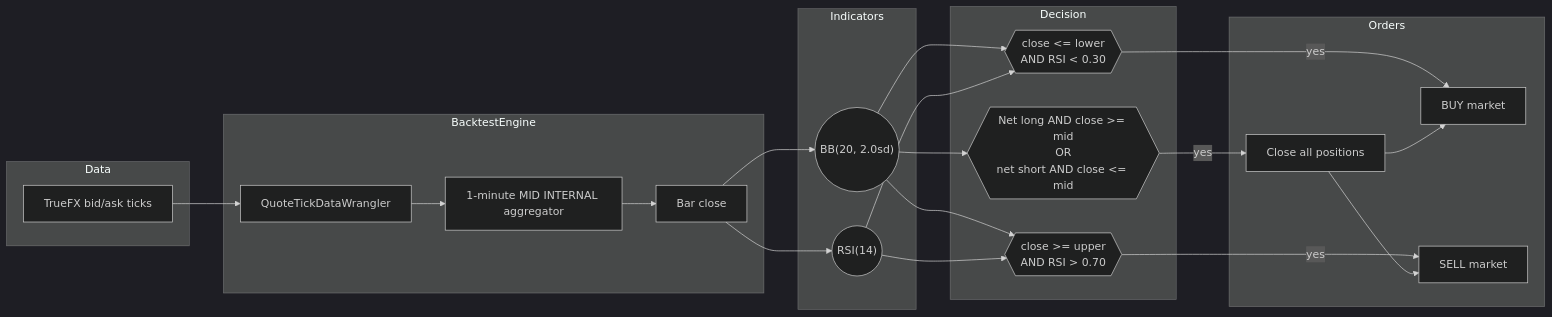
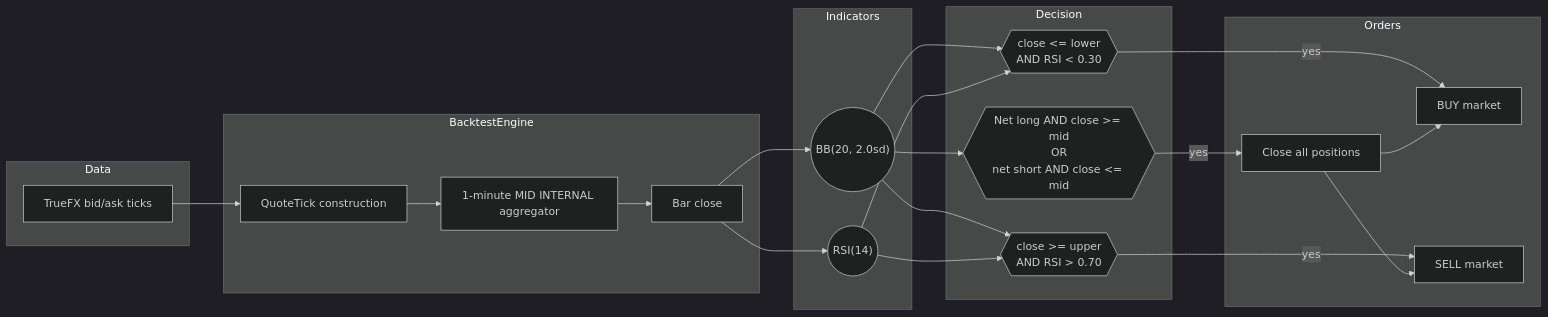
The diagram in docs/tutorials/fx_mean_reversion_ax.md (nautechsystems/nautilus_trader), drawn with Mermaid (dark theme) before and after one commit. The commit also changed other lines of this file and 137 other files, not shown here.

````diff
--- a/docs/tutorials/fx_mean_reversion_ax.md
+++ b/docs/tutorials/fx_mean_reversion_ax.md
@@ -27,43 +27,43 @@
 ```mermaid
 flowchart LR
     subgraph Inputs ["Data"]
         Q["TrueFX bid/ask ticks"]
     end
 
     subgraph Engine ["BacktestEngine"]
-        W["QuoteTickDataWrangler"]
+        W["QuoteTick construction"]
         AGG["1-minute MID INTERNAL aggregator"]
         BAR["Bar close"]
     end
 
     subgraph Indicators
         BB(("BB(20, 2.0sd)"))
         RSI(("RSI(14)"))
     end
 
     subgraph Decision ["Decision"]
         EX{{"Net long AND close >= mid<br/>OR<br/>net short AND close <= mid"}}
         ENL{{"close <= lower<br/>AND RSI < 0.30"}}
         ENS{{"close >= upper<br/>AND RSI > 0.70"}}
     end
 
     subgraph Orders
         CL["Close all positions"]
         BUY["BUY market"]
         SELL["SELL market"]
     end
 
     Q --> W --> AGG --> BAR
     BAR --> BB
     BAR --> RSI
     BB --> ENL
     BB --> ENS
     RSI --> ENL
     RSI --> ENS
     BB --> EX
     EX -->|yes| CL
     ENL -->|yes| BUY
     ENS -->|yes| SELL
     CL --> BUY
     CL --> SELL
 ```
````
